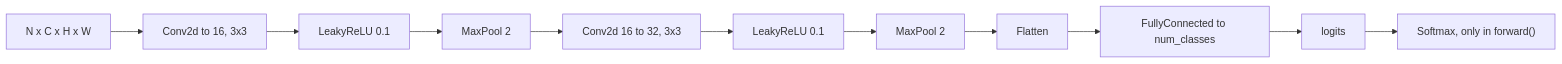
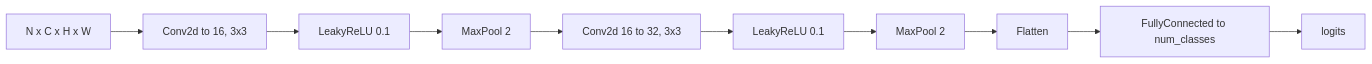
The first of 2 diagrams in docs/usage/models.md (Kemo321/Bachelor-Thesis), drawn with Mermaid before and after one commit. The commit also changed other lines of this file and 28 other files, not shown here.

````diff
--- a/docs/usage/models.md
+++ b/docs/usage/models.md
@@ -11,13 +11,12 @@
 ```mermaid
 flowchart LR
     in["N x C x H x W"] --> c1["Conv2d to 16, 3x3"]
     c1 --> r1["LeakyReLU 0.1"]
     r1 --> p1["MaxPool 2"]
     p1 --> c2["Conv2d 16 to 32, 3x3"]
     c2 --> r2["LeakyReLU 0.1"]
     r2 --> p2["MaxPool 2"]
     p2 --> f["Flatten"]
     f --> fc["FullyConnected to num_classes"]
     fc --> logits["logits"]
-    logits --> sm["Softmax, only in forward()"]
 ```
````
